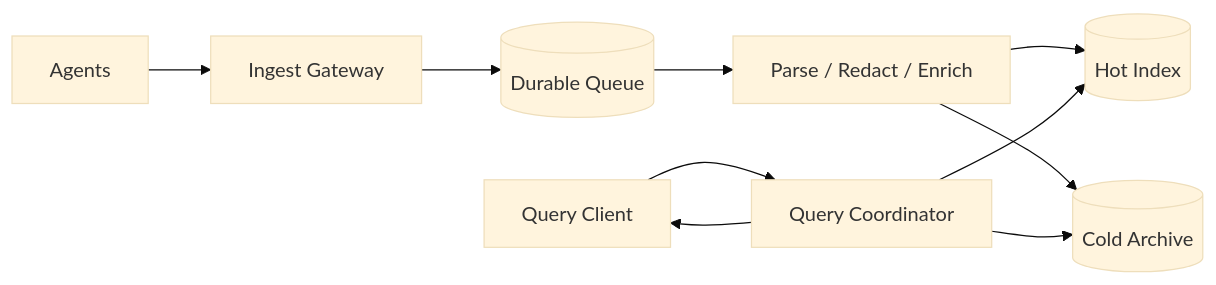
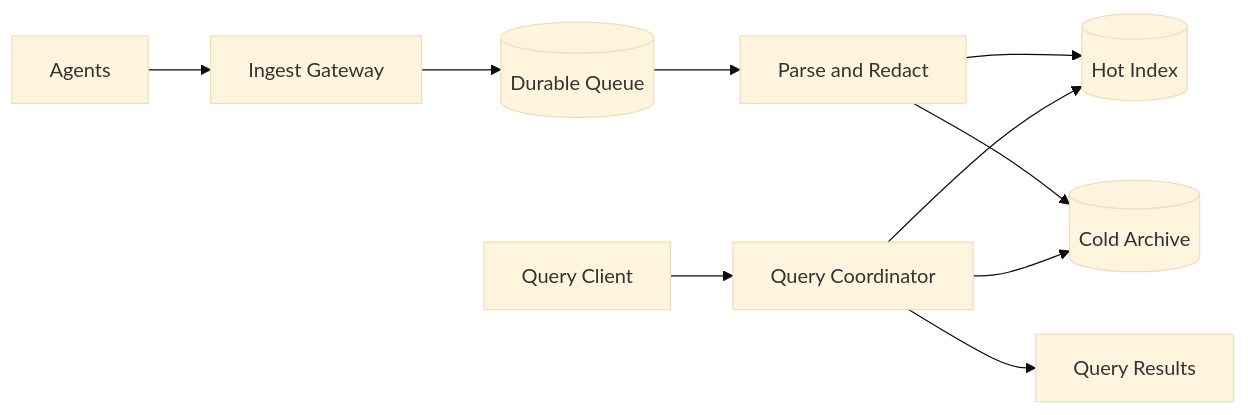
The first of 2 diagrams in system_designs/distributed-logging/architecture.md (luckyhegde6/HLD_patterns), drawn with Mermaid (base theme) before and after one commit. The commit also changed other lines of this file, not shown here.

````diff
--- a/system_designs/distributed-logging/architecture.md
+++ b/system_designs/distributed-logging/architecture.md
@@ -5,12 +5,12 @@
 ```mermaid
 flowchart LR
  A[Agents] --> I[Ingest Gateway]
  I --> Q[(Durable Queue)]
- Q --> W[Parse / Redact / Enrich]
+ Q --> W[Parse and Redact]
  W --> H[(Hot Index)]
  W --> C[(Cold Archive)]
  U[Query Client] --> API[Query Coordinator]
  API --> H
  API --> C
- API --> U
+ API --> RES[Query Results]
 ```
````
